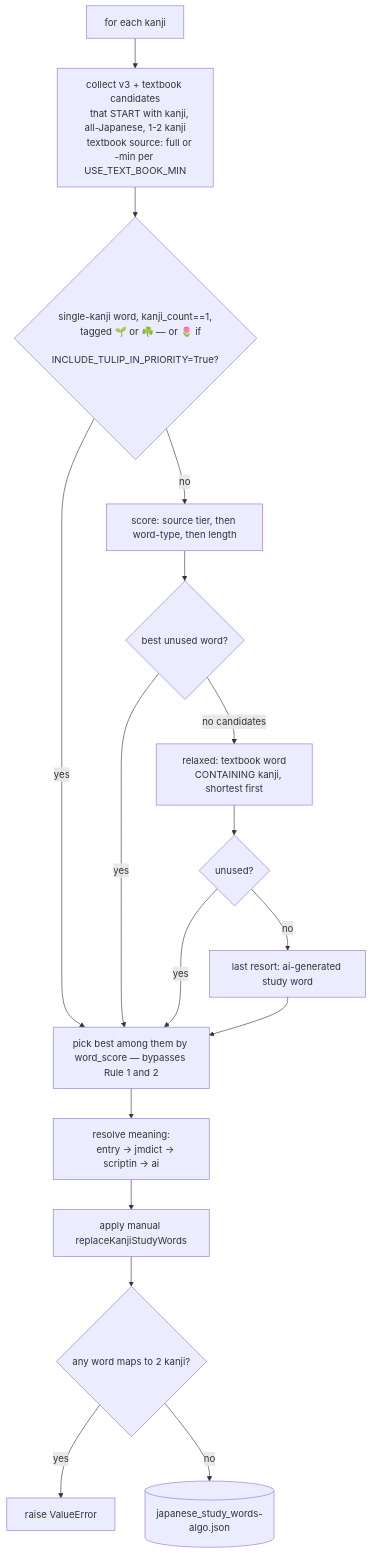
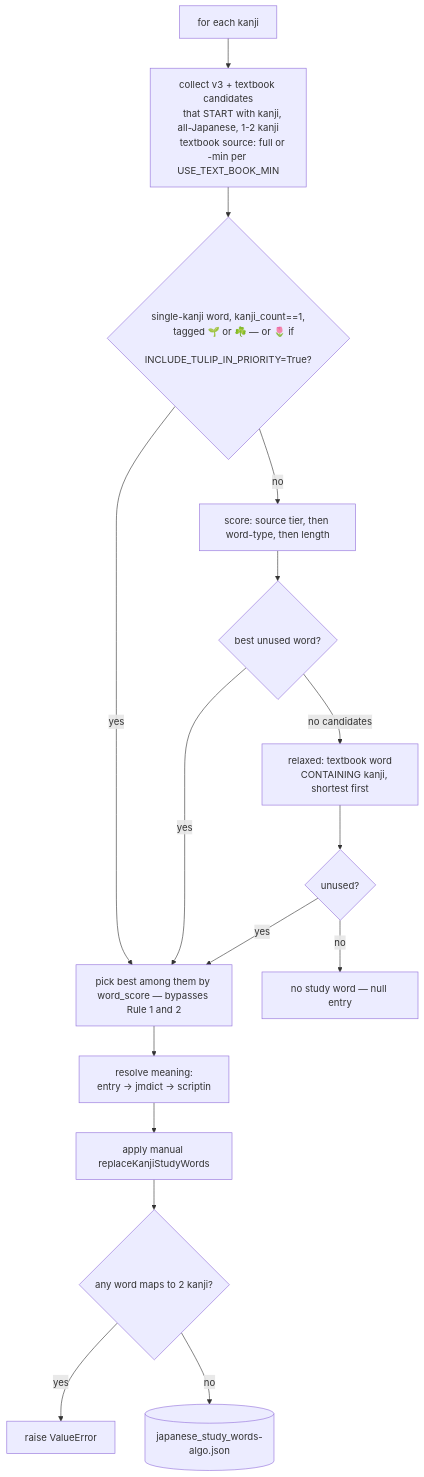
Before and after one commit to PikaPikaGems/kanji-heatmap-data: the fourth of 7 diagrams in notes/flowchart.md, drawn with Mermaid. The commit also changed other lines of this file and 22 other files, not shown here.

````diff
--- a/notes/flowchart.md
+++ b/notes/flowchart.md
@@ -193,25 +190,24 @@
 ```mermaid
 flowchart TD
     K[for each kanji] --> C[collect v3 + textbook candidates
     that START with kanji, all-Japanese, 1-2 kanji
     textbook source: full or -min per USE_TEXT_BOOK_MIN]
     C --> SR{single-kanji word, kanji_count==1,
     tagged 🌱 or ☘️ — or 🌷 if
     INCLUDE_TULIP_IN_PRIORITY=True?}
     SR -- yes --> PICK[pick best among them by word_score — bypasses Rule 1 and 2]
     SR -- no --> SC[score: source tier, then word-type, then length]
     SC --> U{best unused word?}
     U -- yes --> PICK
     U -- no candidates --> FB[relaxed: textbook word
     CONTAINING kanji, shortest first]
     FB --> U2{unused?}
     U2 -- yes --> PICK
-    U2 -- no --> AI[last resort: ai-generated study word]
-    AI --> PICK
+    U2 -- no --> NONE[no study word — null entry]
     PICK --> MEAN[resolve meaning:
-    entry -> jmdict -> scriptin -> ai]
+    entry -> jmdict -> scriptin]
     MEAN --> MAN[apply manual replaceKanjiStudyWords]
     MAN --> DUP{any word maps to 2 kanji?}
     DUP -- yes --> ERR[raise ValueError]
     DUP -- no --> OUT[(japanese_study_words-algo.json)]
 ```
````
